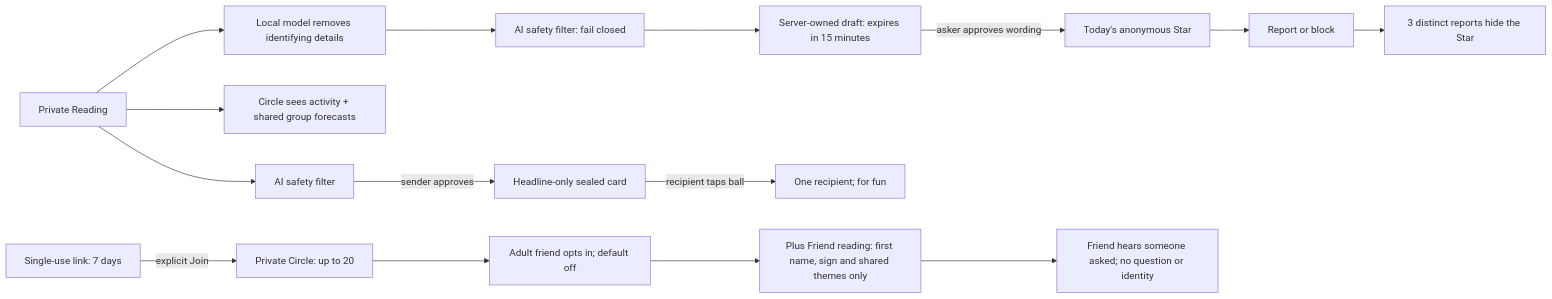
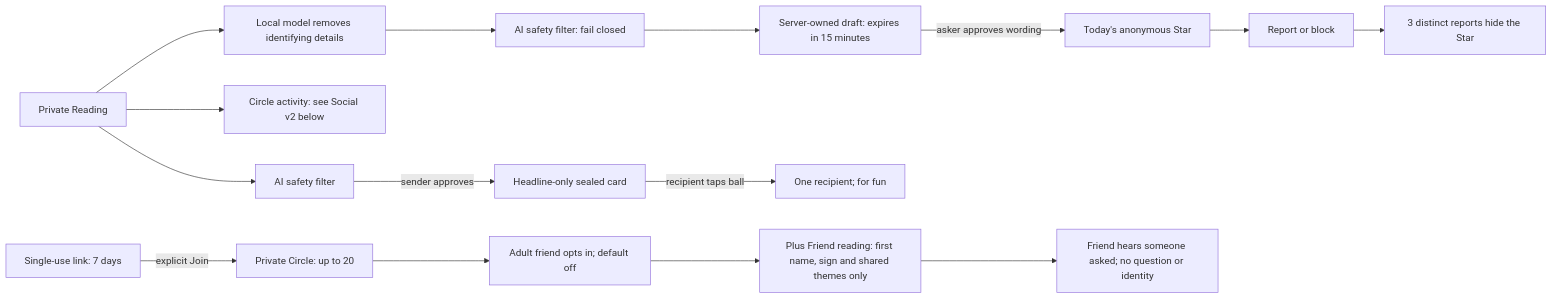
One commit to janustsen/crystal-ball changed the diagram in docs/social/model.md. Above: the diagram before and after it, drawn with Mermaid. The commit also changed other lines of this file and 1 other file, not shown here.

Commit message:
no-mistakes(document): Clarify check-ins, backup completion, and invitation ownership

````diff
--- a/docs/social/model.md
+++ b/docs/social/model.md
@@ -5,17 +5,17 @@
 ```mermaid
 flowchart LR
   Reading[Private Reading] --> Rewrite[Local model removes identifying details]
   Rewrite --> Filter[AI safety filter: fail closed]
   Filter --> Draft[Server-owned draft: expires in 15 minutes]
   Draft -->|asker approves wording| Sky[Today's anonymous Star]
   Sky --> Report[Report or block]
   Report --> Hide[3 distinct reports hide the Star]
-  Reading --> Activity[Circle sees activity + shared group forecasts]
+  Reading --> Activity[Circle activity: see Social v2 below]
   Invite[Single-use link: 7 days] -->|explicit Join| Circle[Private Circle: up to 20]
   Circle --> Consent[Adult friend opts in; default off]
   Consent --> Friend[Plus Friend reading: first name, sign and shared themes only]
   Friend --> Notice[Friend hears someone asked; no question or identity]
   Reading --> SealFilter[AI safety filter]
   SealFilter -->|sender approves| Seal[Headline-only sealed card]
   Seal -->|recipient taps ball| Open[One recipient; for fun]
 ```
````
